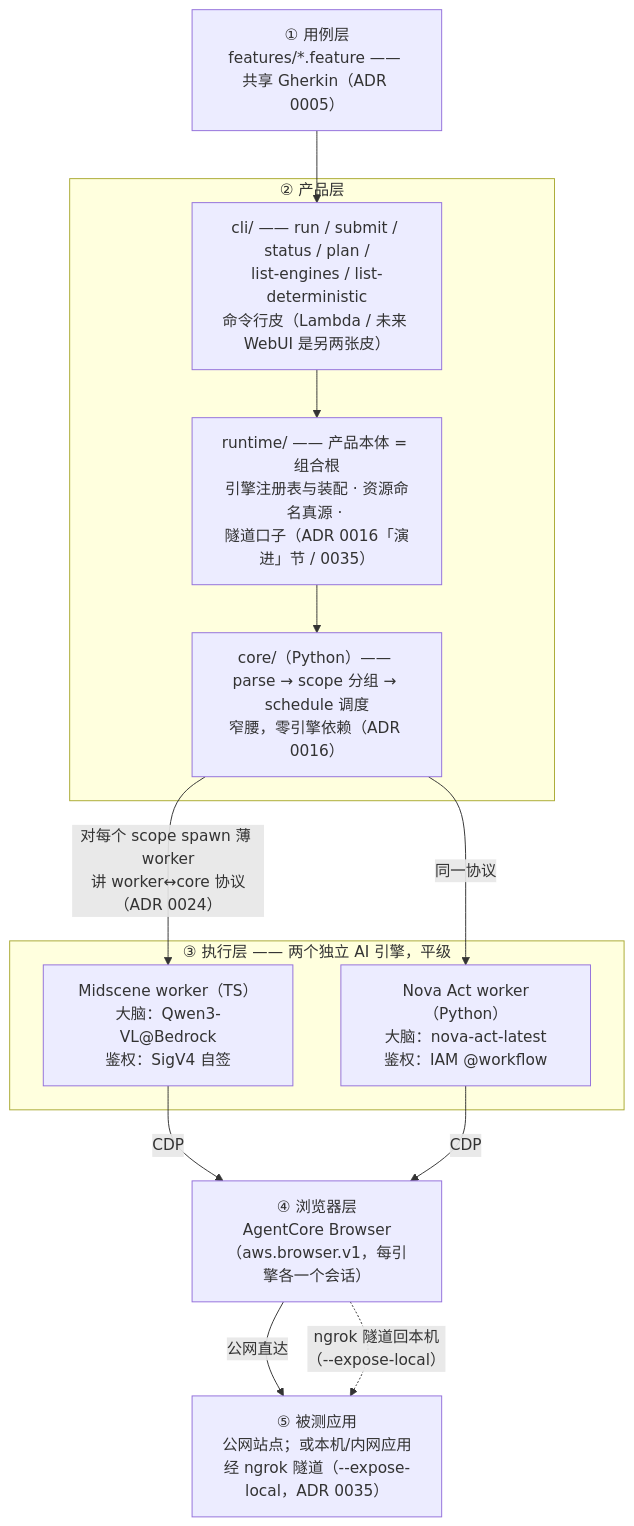
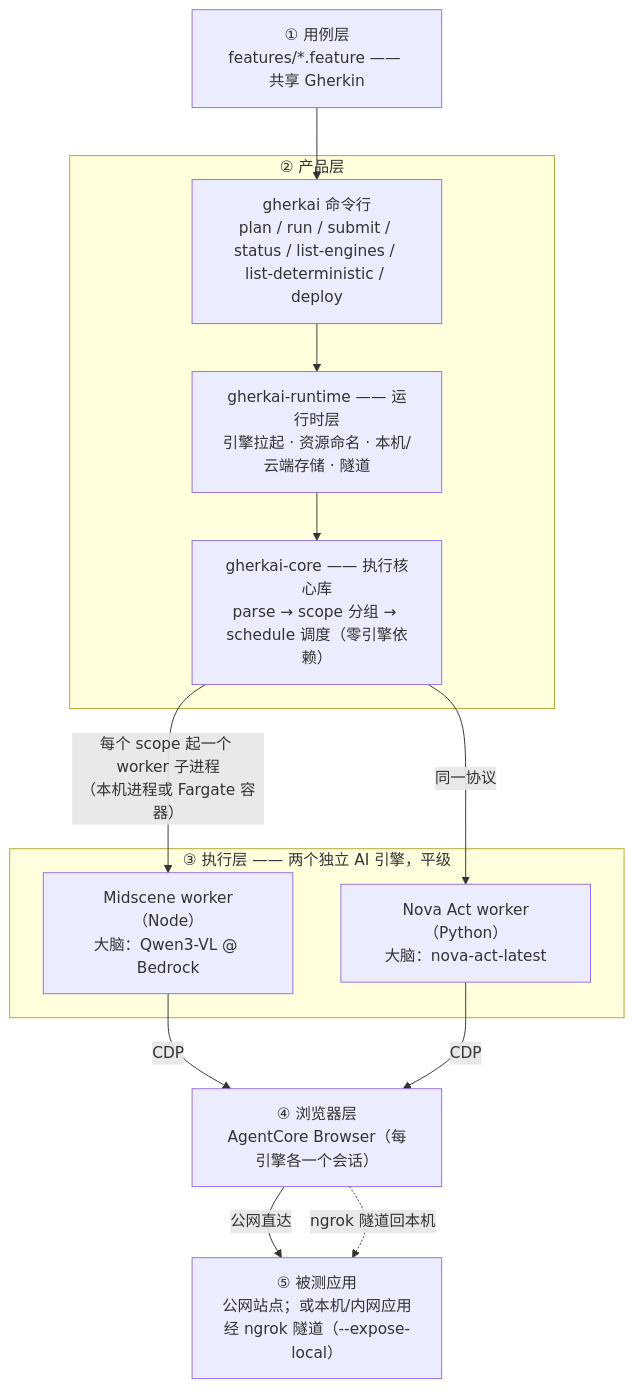
One commit to zhiyanliu/gherkai changed the diagram in README.md. Above: the diagram before and after it, drawn with Mermaid. The commit also changed other lines of this file and 3 other files, not shown here.

````diff
--- a/README.md
+++ b/README.md
@@ -33,28 +21,27 @@
 ```mermaid
 flowchart TD
-    F["① 用例层<br/>features/*.feature —— 共享 Gherkin（ADR 0005）"]
+    F["① 用例层<br/>features/*.feature —— 共享 Gherkin"]
 
     subgraph L2["② 产品层"]
-        CLI["cli/ —— run / submit / status / plan /<br/>list-engines / list-deterministic<br/>命令行皮（Lambda / 未来 WebUI 是另两张皮）"]
-        G["runtime/ —— 产品本体 = 组合根<br/>引擎注册表与装配 · 资源命名真源 · <br/>隧道口子（ADR 0016「演进」节 / 0035）"]
-        C["core/（Python）—— parse → scope 分组 → schedule 调度<br/>窄腰，零引擎依赖（ADR 0016）"]
+        CLI["gherkai 命令行<br/>plan / run / submit / status / list-engines / list-deterministic / deploy"]
+        G["gherkai-runtime —— 运行时层<br/>引擎拉起 · 资源命名 · 本机/云端存储 · 隧道"]
+        C["gherkai-core —— 执行核心库<br/>parse → scope 分组 → schedule 调度（零引擎依赖）"]
         CLI --> G --> C
     end
 
     subgraph L3["③ 执行层 —— 两个独立 AI 引擎，平级"]
-        M["Midscene worker（TS）<br/>大脑：Qwen3-VL@Bedrock<br/>鉴权：SigV4 自签"]
-        N["Nova Act worker（Python）<br/>大脑：nova-act-latest<br/>鉴权：IAM @workflow"]
+        M["Midscene worker（Node）<br/>大脑：Qwen3-VL @ Bedrock"]
+        N["Nova Act worker（Python）<br/>大脑：nova-act-latest"]
     end
 
-    B["④ 浏览器层<br/>AgentCore Browser（aws.browser.v1，每引擎各一个会话）"]
-
-    APP["⑤ 被测应用<br/>公网站点；或本机/内网应用经 ngrok 隧道（--expose-local，ADR 0035）"]
+    B["④ 浏览器层<br/>AgentCore Browser（每引擎各一个会话）"]
+    APP["⑤ 被测应用<br/>公网站点；或本机/内网应用经 ngrok 隧道（--expose-local）"]
 
     F --> CLI
-    C -- "对每个 scope spawn 薄 worker<br/>讲 worker↔core 协议（ADR 0024）" --> M
+    C -- "每个 scope 起一个 worker 子进程<br/>（本机进程或 Fargate 容器）" --> M
     C -- " 同一协议 " --> N
     M -- CDP --> B
     N -- CDP --> B
     B -- " 公网直达 " --> APP
-    B -. "ngrok 隧道回本机<br/>（--expose-local）" .-> APP
+    B -. "ngrok 隧道回本机" .-> APP
 ```
````
